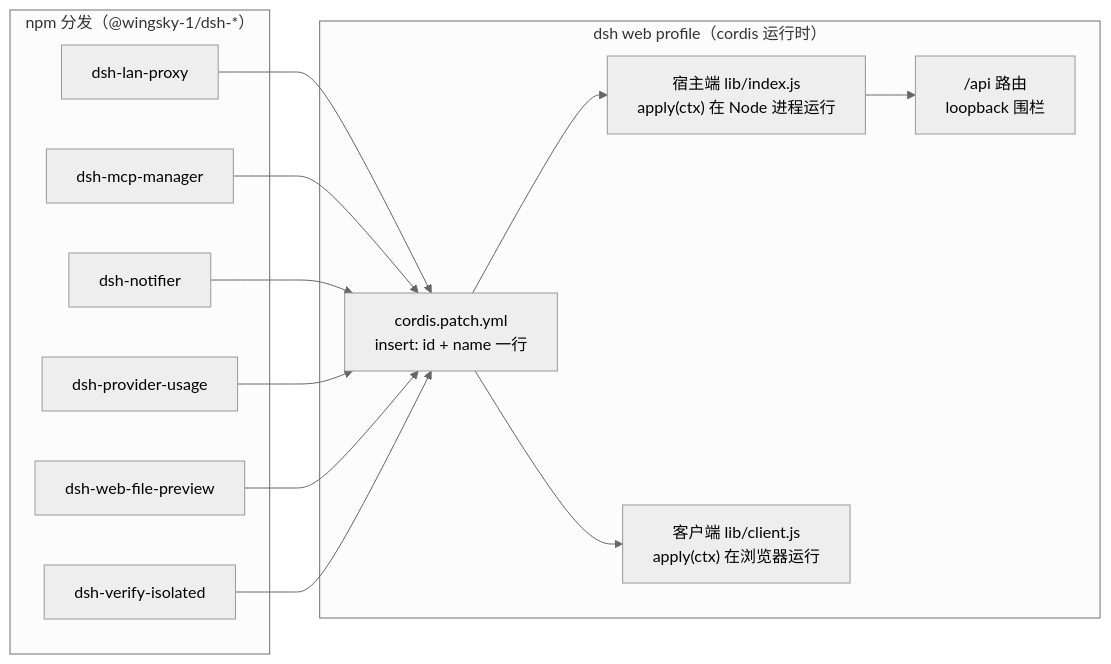
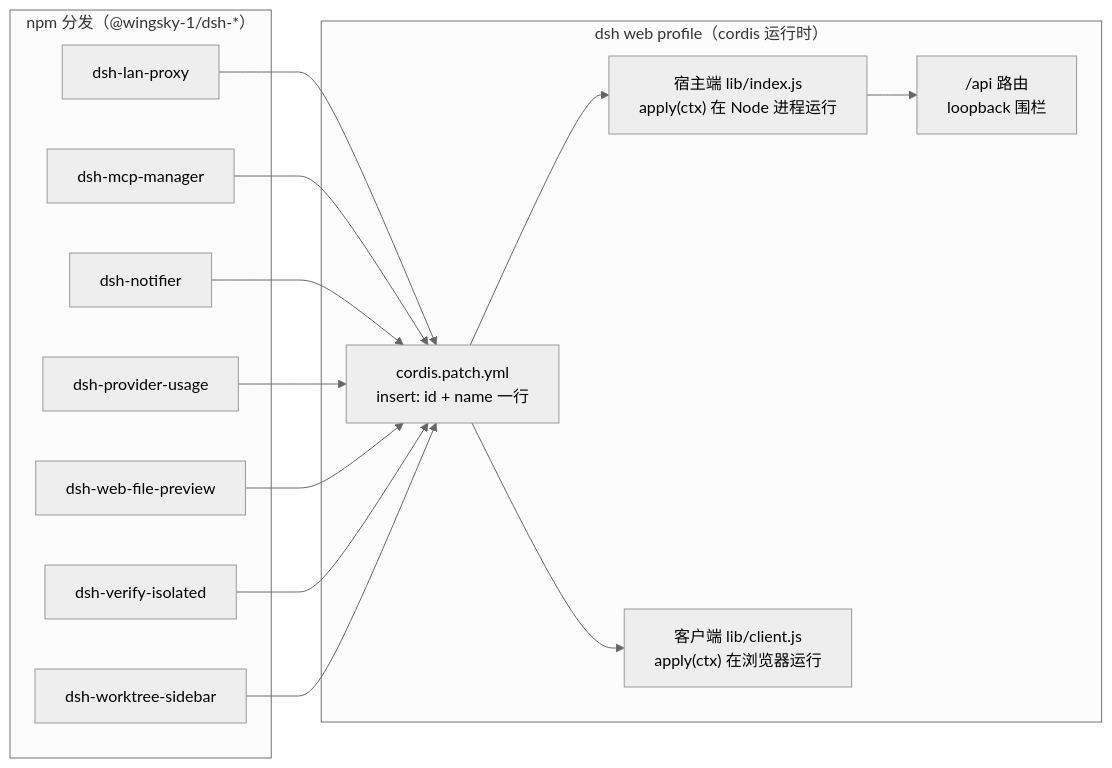
Before and after one commit to wingsky-1/dsh-plugin-hub: the diagram in docs/architecture/README.md, drawn with Mermaid (neutral theme). The commit also changed other lines of this file and 17 other files, not shown here.

First line of the commit message:
docs(worktree-sidebar): 4A 架构页、第十/十一轮台账与文档归档

````diff
--- a/docs/architecture/README.md
+++ b/docs/architecture/README.md
@@ -32,28 +33,30 @@
 ```mermaid
 flowchart LR
     subgraph npm["npm 分发（@wingsky-1/dsh-*）"]
         P1["dsh-lan-proxy"]
         P2["dsh-mcp-manager"]
         P3["dsh-notifier"]
         P4["dsh-provider-usage"]
         P5["dsh-web-file-preview"]
         P6["dsh-verify-isolated"]
+        P7["dsh-worktree-sidebar"]
     end
 
     subgraph profile["dsh web profile（cordis 运行时）"]
         CORDIS["cordis.patch.yml<br/>insert: id + name 一行"]
         HOST["宿主端 lib/index.js<br/>apply(ctx) 在 Node 进程运行"]
         CLIENT["客户端 lib/client.js<br/>apply(ctx) 在浏览器运行"]
         ROUTES["/api 路由<br/>loopback 围栏"]
         CORDIS --> HOST
         CORDIS --> CLIENT
         HOST --> ROUTES
     end
 
     P1 --> CORDIS
     P2 --> CORDIS
     P3 --> CORDIS
     P4 --> CORDIS
     P5 --> CORDIS
     P6 --> CORDIS
+    P7 --> CORDIS
 ```
````
